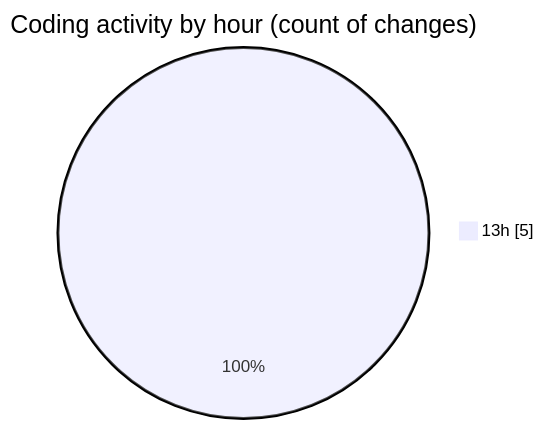
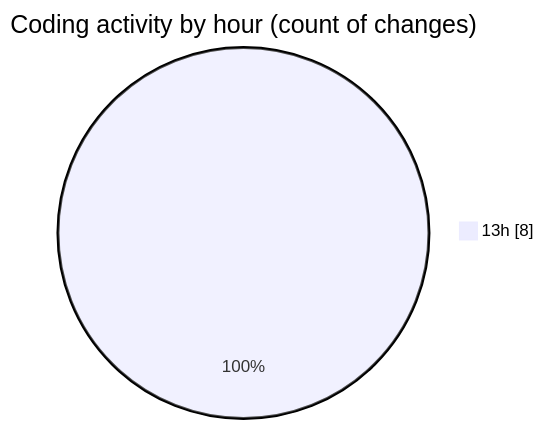
Before and after one commit to BS-eng2023/code-tracking: the second of 2 diagrams in 2025-05-01/go/README.md, drawn with Mermaid. The commit also changed other lines of this file and 1 other file, not shown here.

````diff
--- a/2025-05-01/go/README.md
+++ b/2025-05-01/go/README.md
@@ -31,5 +31,5 @@
 ```mermaid
 pie showData
 title Coding activity by hour (count of changes)
-"13h" : 5
+"13h" : 8
 ```
````
